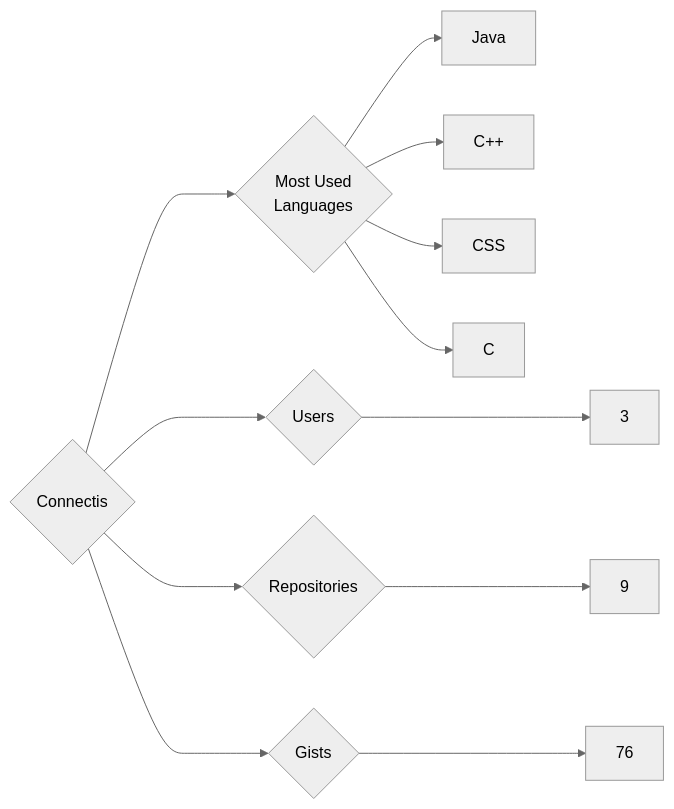
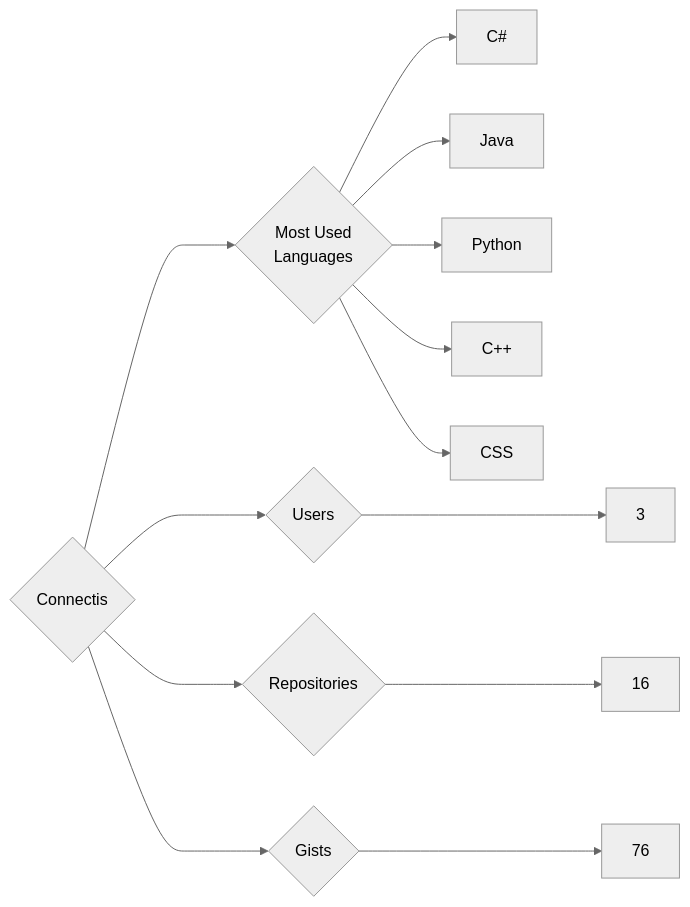
The diagram in targets/Connectis/README.md (trickest/insiders), drawn with Mermaid (neutral theme) before and after one commit. The commit also changed 1148 other files, not shown here.

````diff
--- a/targets/Connectis/README.md
+++ b/targets/Connectis/README.md
@@ -3,12 +3,13 @@
 ```mermaid
 graph LR
 COMPANY_NAME{Connectis}
 COMPANY_NAME ---> U{Users} ---> UN[3]
-COMPANY_NAME ---> R{Repositories} ---> RN[9]
+COMPANY_NAME ---> R{Repositories} ---> RN[16]
 COMPANY_NAME ---> G{Gists} ---> GN[76]
 COMPANY_NAME ---> ML{Most Used<br>Languages}
+ML --> C#[C#]
 ML --> Java[Java]
+ML --> Python[Python]
 ML --> C++[C++]
 ML --> CSS[CSS]
-ML --> C[C]
 ```
````
